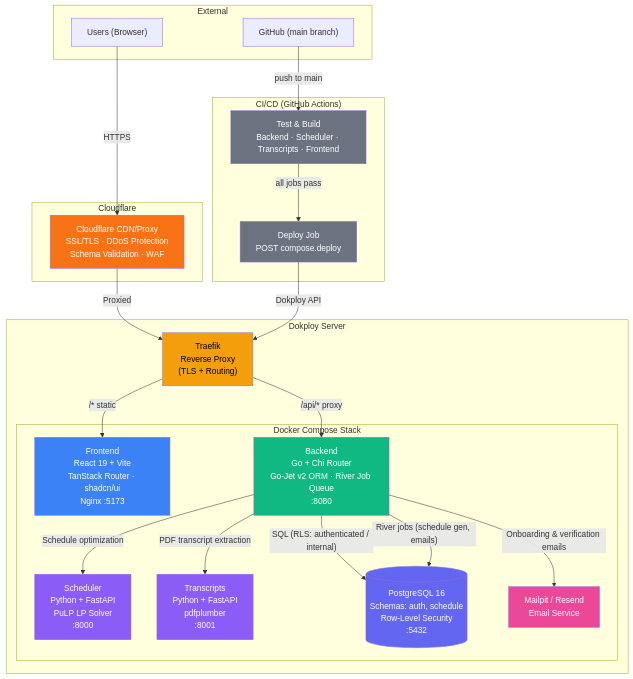
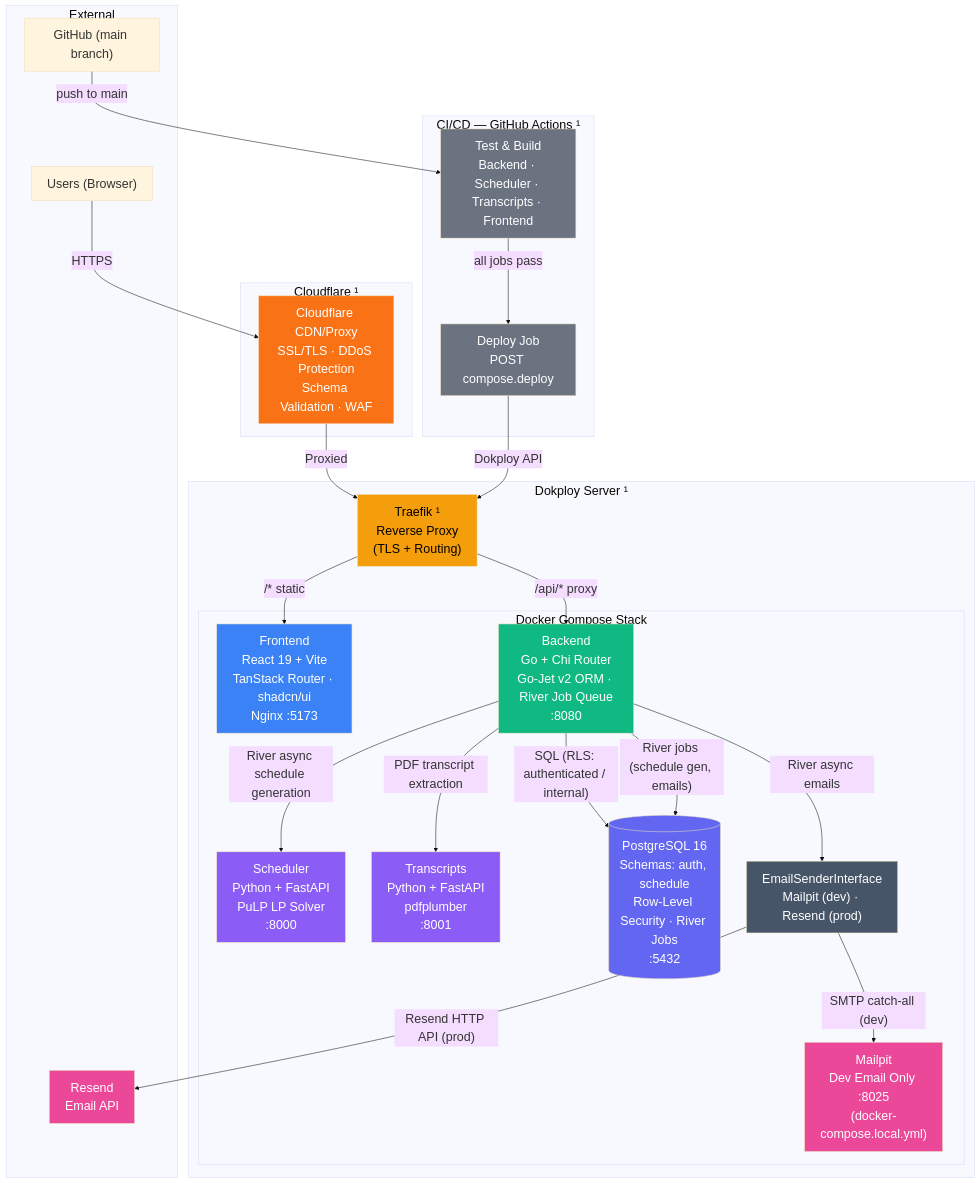
One commit to HDR3604/HelpDeskRostering changed the first of 3 diagrams in diagrams/architecture.md. Above: the diagram before and after it, drawn with Mermaid.

````diff
--- a/diagrams/architecture.md
+++ b/diagrams/architecture.md
@@ -3,55 +3,54 @@
 ```mermaid
+%%{init: {'theme': 'base', 'themeVariables': {'fontSize': '24px', 'fontFamily': 'Arial'}}}%%
 graph TB
     subgraph External
         Users["Users (Browser)"]
         GH["GitHub (main branch)"]
+        Resend["Resend<br/>Email API"]
     end
-
-    subgraph "Cloudflare"
+    subgraph "Cloudflare ¹"
         CF["Cloudflare CDN/Proxy<br/>SSL/TLS · DDoS Protection<br/>Schema Validation · WAF"]
     end
-
-    subgraph "Dokploy Server"
-        Traefik["Traefik<br/>Reverse Proxy<br/>(TLS + Routing)"]
-
+    subgraph "Dokploy Server ¹"
+        Traefik["Traefik ¹<br/>Reverse Proxy<br/>(TLS + Routing)"]
         subgraph "Docker Compose Stack"
             FE["Frontend<br/>React 19 + Vite<br/>TanStack Router · shadcn/ui<br/>Nginx :5173"]
             BE["Backend<br/>Go + Chi Router<br/>Go-Jet v2 ORM · River Job Queue<br/>:8080"]
             SCH["Scheduler<br/>Python + FastAPI<br/>PuLP LP Solver<br/>:8000"]
             TR["Transcripts<br/>Python + FastAPI<br/>pdfplumber<br/>:8001"]
-            PG[("PostgreSQL 16<br/>Schemas: auth, schedule<br/>Row-Level Security<br/>:5432")]
-            MP["Mailpit / Resend<br/>Email Service"]
+            PG[("PostgreSQL 16<br/>Schemas: auth, schedule<br/>Row-Level Security · River Jobs<br/>:5432")]
+            MP["Mailpit<br/>Dev Email Only :8025<br/>(docker-compose.local.yml)"]
+            ES["EmailSenderInterface<br/>Mailpit (dev) · Resend (prod)"]
         end
     end
-
-    subgraph "CI/CD (GitHub Actions)"
+    subgraph "CI/CD — GitHub Actions ¹"
         CI["Test & Build<br/>Backend · Scheduler · Transcripts · Frontend"]
         CD["Deploy Job<br/>POST compose.deploy"]
     end
-
     Users -->|"HTTPS"| CF
     CF -->|"Proxied"| Traefik
     Traefik -->|"/* static"| FE
     Traefik -->|"/api/* proxy"| BE
-
-    BE -->|"Schedule optimization"| SCH
     BE -->|"PDF transcript extraction"| TR
     BE -->|"SQL (RLS: authenticated / internal)"| PG
     BE -->|"River jobs (schedule gen, emails)"| PG
-    BE -->|"Onboarding & verification emails"| MP
-
+    BE -->|"River async schedule generation"| SCH
+    BE -->|"River async emails"| ES
+    ES -->|"SMTP catch-all (dev)"| MP
+    ES -->|"Resend HTTP API (prod)"| Resend
     GH -->|"push to main"| CI
     CI -->|"all jobs pass"| CD
     CD -->|"Dokploy API"| Traefik
-
     style Traefik fill:#f59e0b,color:#000
     style FE fill:#3b82f6,color:#fff
     style BE fill:#10b981,color:#fff
     style SCH fill:#8b5cf6,color:#fff
     style TR fill:#8b5cf6,color:#fff
     style PG fill:#6366f1,color:#fff
     style CF fill:#f97316,color:#fff
     style CI fill:#6b7280,color:#fff
     style CD fill:#6b7280,color:#fff
     style MP fill:#ec4899,color:#fff
+    style Resend fill:#ec4899,color:#fff
+    style ES fill:#475569,color:#fff
 ```
````
